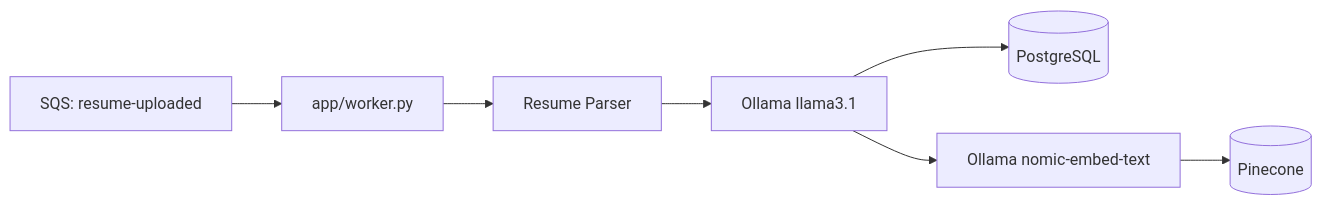
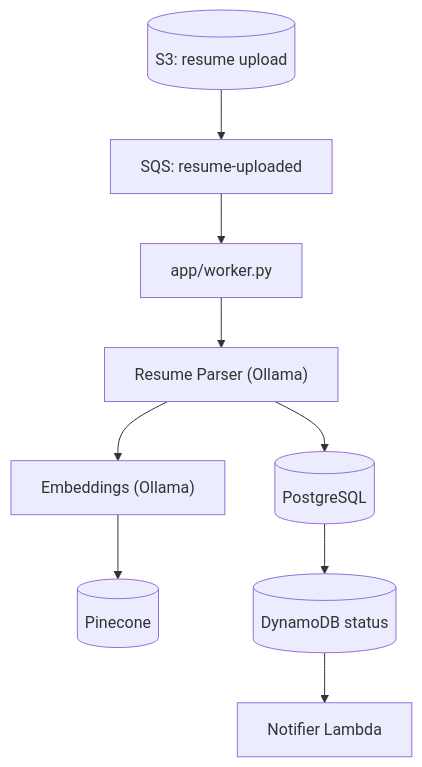
Before and after one commit to LakshyaTecno/resume-screening-service: the first of 2 diagrams in README.md, drawn with Mermaid. The commit also changed other lines of this file and 20 other files, not shown here.

````diff
--- a/README.md
+++ b/README.md
@@ -23,9 +20,11 @@
 ```mermaid
-flowchart LR
-    SQS[SQS: resume-uploaded] --> Worker[app/worker.py]
-    Worker --> Parser[Resume Parser]
-    Parser --> LLM1[Ollama llama3.1]
-    LLM1 --> PG[(PostgreSQL)]
-    LLM1 --> Embed[Ollama nomic-embed-text]
+flowchart TD
+    S3[(S3: resume upload)] --> SQS[SQS: resume-uploaded]
+    SQS --> Worker[app/worker.py]
+    Worker --> Parser["Resume Parser (Ollama)"]
+    Parser --> PG[(PostgreSQL)]
+    Parser --> Embed["Embeddings (Ollama)"]
     Embed --> PC[(Pinecone)]
+    PG --> DDB[(DynamoDB status)]
+    DDB --> Lambda[Notifier Lambda]
 ```
````
